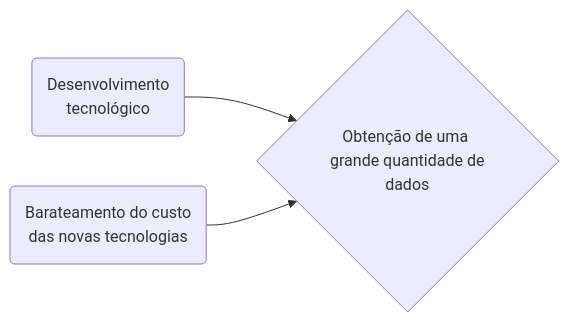
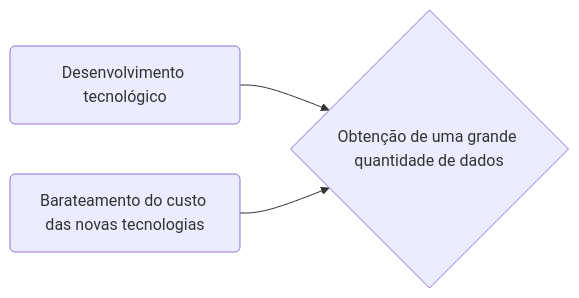
One commit to dalmolingroup/systemsbiology-course changed the first of 2 diagrams in content/06_databanks.qmd. Above: the diagram before and after it, drawn with Mermaid. The commit also changed other lines of this file and 4 other files, not shown here.

````diff
--- a/content/06_databanks.qmd
+++ b/content/06_databanks.qmd
@@ -35,5 +32,5 @@
 ```{mermaid}
 flowchart LR
-  A(Desenvolvimento \n tecnológico) --> C{Obtenção de uma \n grande quantidade de dados}
-  B(Barateamento do custo \n das novas tecnologias) --> C{Obtenção de uma \n grande quantidade de dados}
+  A(Desenvolvimento tecnológico) --> C{Obtenção de uma grande quantidade de dados}
+  B(Barateamento do custo das novas tecnologias) --> C{Obtenção de uma grande quantidade de dados}
 ```
````
